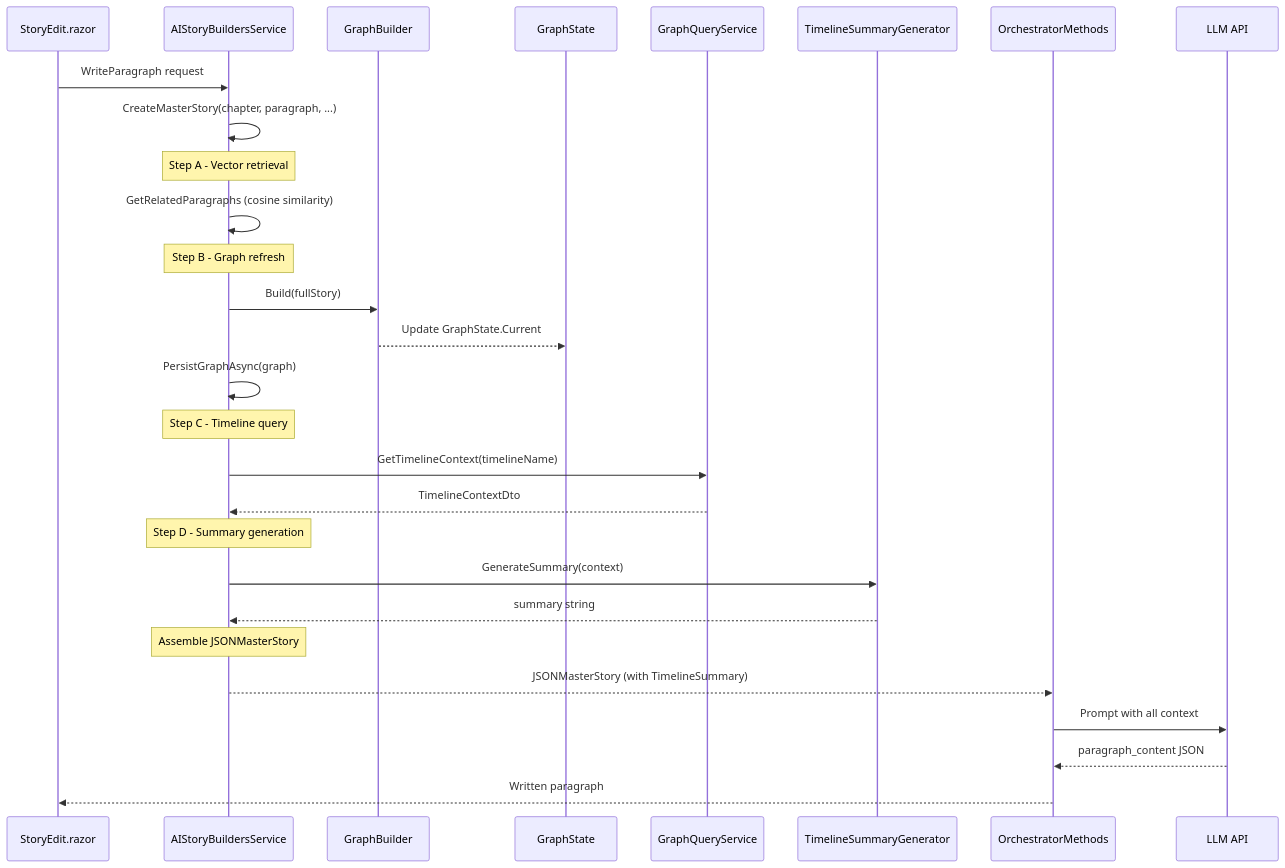
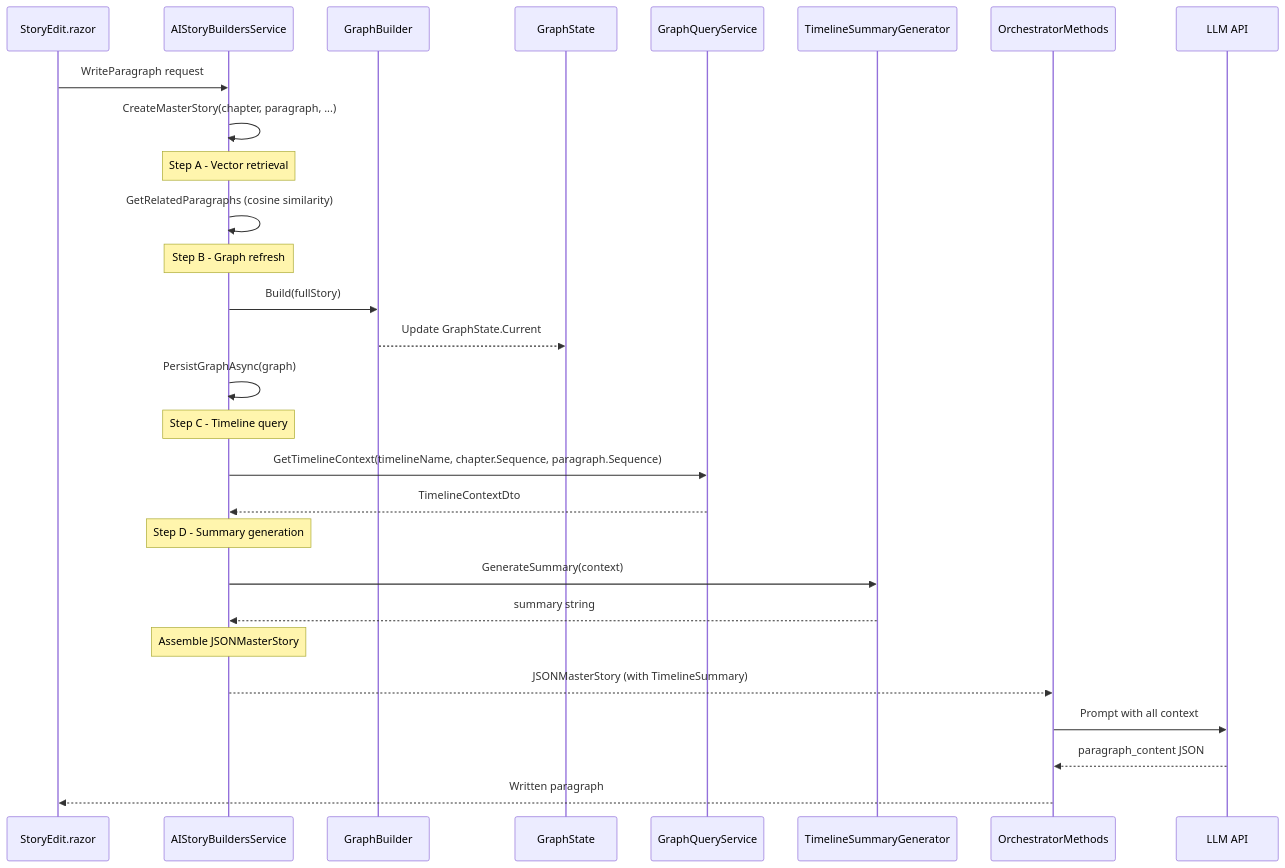
Before and after one commit to AIStoryBuilders/AIStoryBuilders: the eighth of 11 diagrams in docs/timeline-aware-graph-retrieval-plan.md, drawn with Mermaid. The commit also changed other lines of this file and 11 other files, not shown here.

First line of the commit message:
Timeline-aware context and summary for AI paragraph gen

````diff
--- a/docs/timeline-aware-graph-retrieval-plan.md
+++ b/docs/timeline-aware-graph-retrieval-plan.md
@@ -367,36 +367,36 @@
 ```mermaid
 sequenceDiagram
     participant UI as StoryEdit.razor
     participant SVC as AIStoryBuildersService
     participant GB as GraphBuilder
     participant GS as GraphState
     participant GQ as GraphQueryService
     participant TSG as TimelineSummaryGenerator
     participant ORC as OrchestratorMethods
     participant LLM as LLM API
 
     UI->>SVC: WriteParagraph request
     SVC->>SVC: CreateMasterStory(chapter, paragraph, ...)
 
     Note over SVC: Step A - Vector retrieval
     SVC->>SVC: GetRelatedParagraphs (cosine similarity)
 
     Note over SVC: Step B - Graph refresh
     SVC->>GB: Build(fullStory)
     GB-->>GS: Update GraphState.Current
     SVC->>SVC: PersistGraphAsync(graph)
 
     Note over SVC: Step C - Timeline query
-    SVC->>GQ: GetTimelineContext(timelineName)
+    SVC->>GQ: GetTimelineContext(timelineName, chapter.Sequence, paragraph.Sequence)
     GQ-->>SVC: TimelineContextDto
 
     Note over SVC: Step D - Summary generation
     SVC->>TSG: GenerateSummary(context)
     TSG-->>SVC: summary string
 
     Note over SVC: Assemble JSONMasterStory
     SVC-->>ORC: JSONMasterStory (with TimelineSummary)
     ORC->>LLM: Prompt with all context
     LLM-->>ORC: paragraph_content JSON
     ORC-->>UI: Written paragraph
 ```
````
